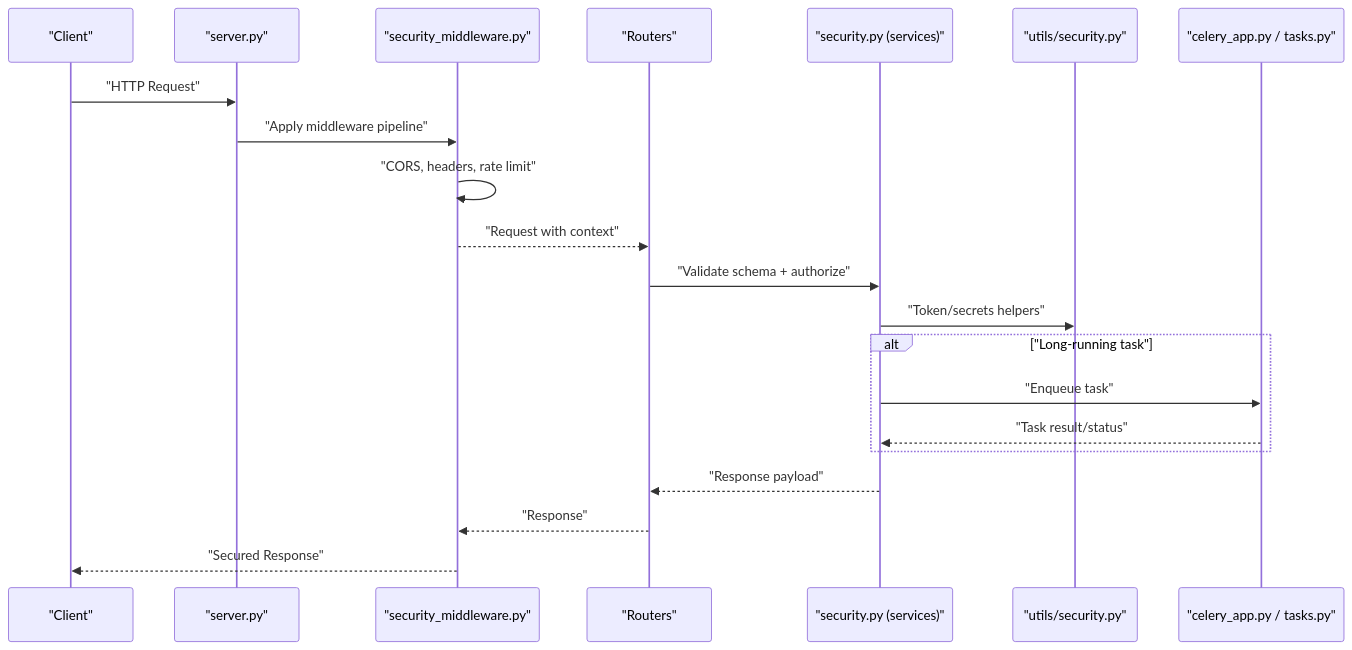
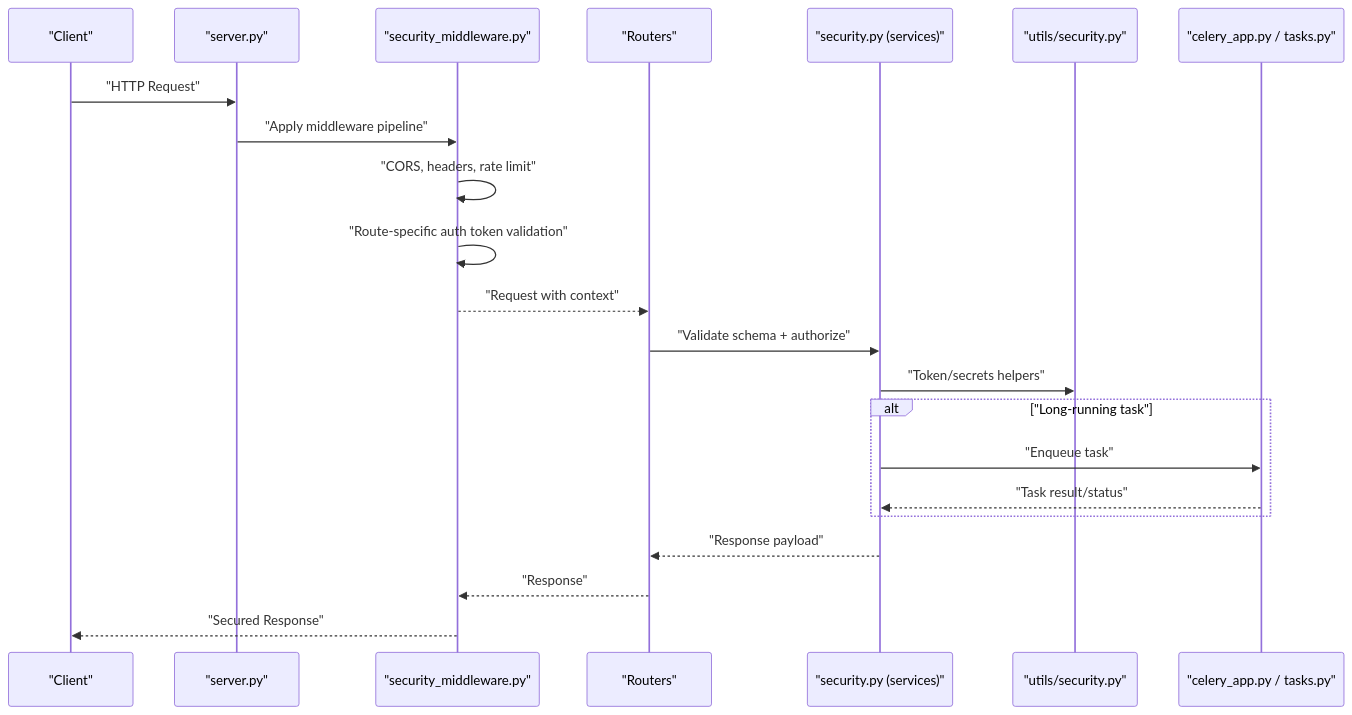
One commit to Sifr-r/LocalDeepL changed the second of 4 diagrams in .qoder/repowiki/en/content/Security & Compliance.md. Above: the diagram before and after it, drawn with Mermaid. The commit also changed other lines of this file and 104 other files, not shown here.

````diff
--- a/.qoder/repowiki/en/content/Security & Compliance.md
+++ b/.qoder/repowiki/en/content/Security & Compliance.md
@@ -148,23 +105,24 @@
 ```mermaid
 sequenceDiagram
 participant Client as "Client"
 participant Server as "server.py"
 participant MW as "security_middleware.py"
 participant Router as "Routers"
 participant Service as "security.py (services)"
 participant Utils as "utils/security.py"
 participant Jobs as "celery_app.py / tasks.py"
 Client->>Server : "HTTP Request"
 Server->>MW : "Apply middleware pipeline"
 MW->>MW : "CORS, headers, rate limit"
+MW->>MW : "Route-specific auth token validation"
 MW-->>Router : "Request with context"
 Router->>Service : "Validate schema + authorize"
 Service->>Utils : "Token/secrets helpers"
 alt "Long-running task"
 Service->>Jobs : "Enqueue task"
 Jobs-->>Service : "Task result/status"
 end
 Service-->>Router : "Response payload"
 Router-->>MW : "Response"
 MW-->>Client : "Secured Response"
 ```
````
